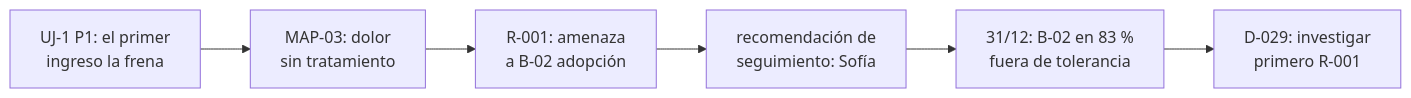
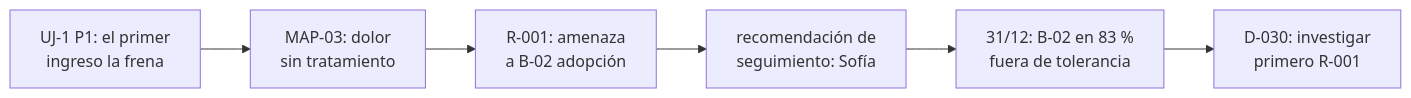
Before and after one commit to Arturo-Penas-Rial/pm-method: the fifth of 5 diagrams in docs/guias/E2E-4-producto-bmad.md, drawn with Mermaid. The commit also changed other lines of this file and 277 other files, not shown here.

````diff
--- a/docs/guias/E2E-4-producto-bmad.md
+++ b/docs/guias/E2E-4-producto-bmad.md
@@ -955,6 +1057,6 @@
 ```mermaid
 flowchart LR
     p1["UJ-1 P1: el primer<br/>ingreso la frena"] --> m3["MAP-03: dolor<br/>sin tratamiento"]
     m3 --> r1["R-001: amenaza<br/>a B-02 adopción"] --> rec["recomendación de<br/>seguimiento: Sofía"]
-    rec --> b2["31/12: B-02 en 83 %<br/>fuera de tolerancia"] --> d29["D-029: investigar<br/>primero R-001"]
+    rec --> b2["31/12: B-02 en 83 %<br/>fuera de tolerancia"] --> d30["D-030: investigar<br/>primero R-001"]
 ```
````
